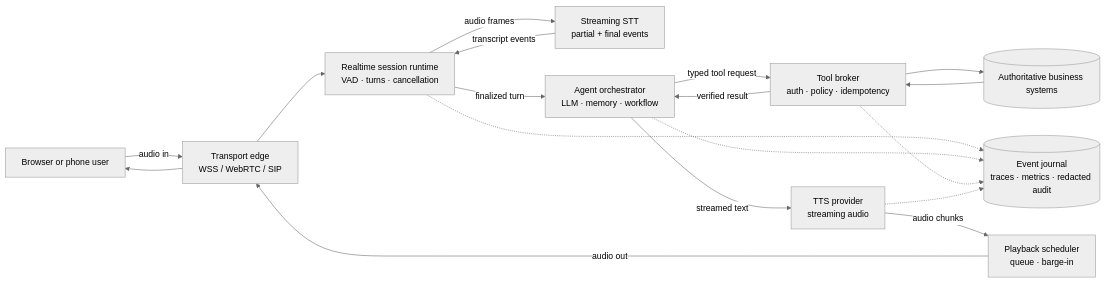
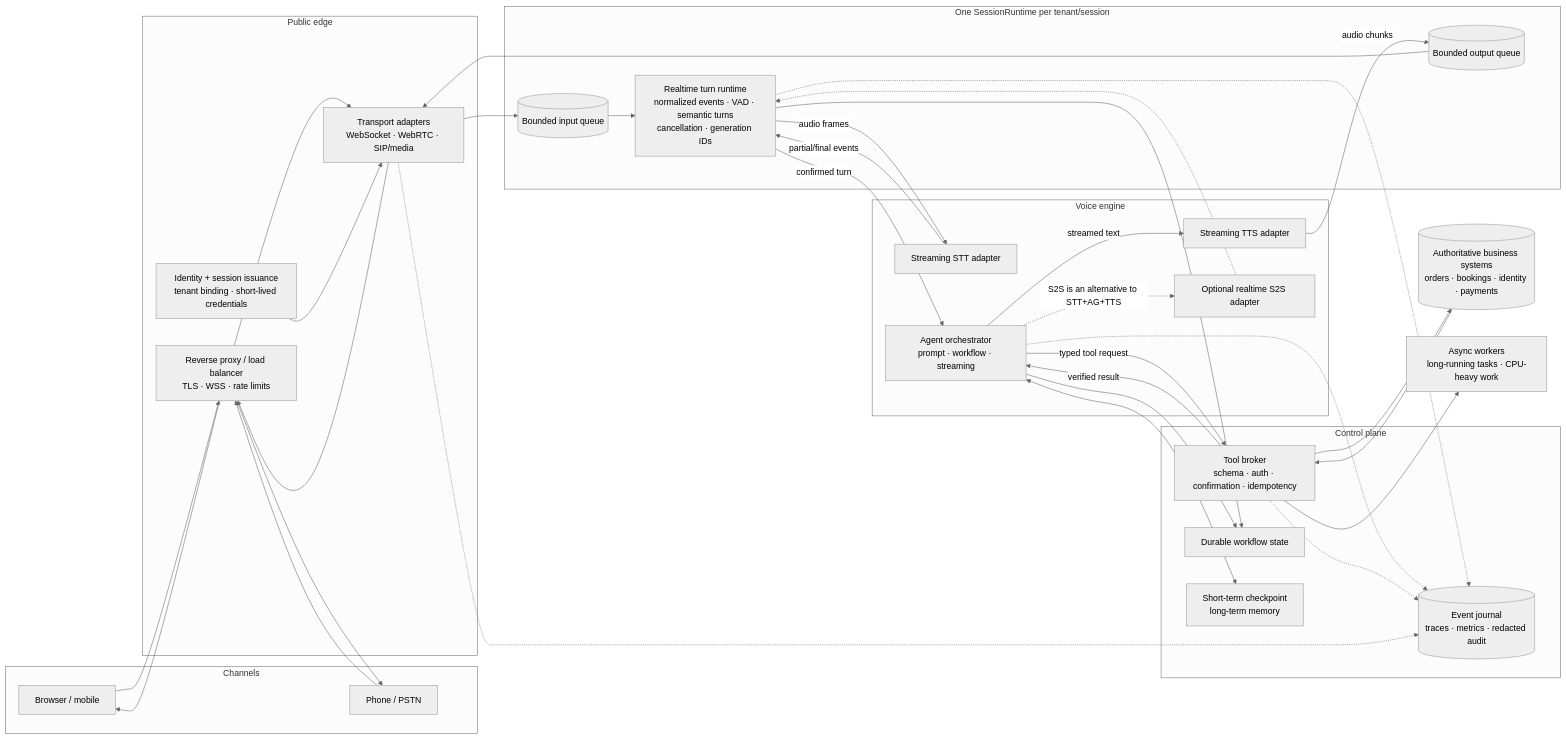
The first of 10 diagrams in docs/voice-agent-architecture-diagrams.md (d-schneid/voice-agents), drawn with Mermaid (neutral theme) before and after one commit. The commit also changed other lines of this file, not shown here.

Commit message:
Refine canonical voice agent architecture

````diff
--- a/docs/voice-agent-architecture-diagrams.md
+++ b/docs/voice-agent-architecture-diagrams.md
@@ -9,32 +9,68 @@
 ```mermaid
 flowchart LR
-    U[Browser or phone user]
-    E[Transport edge<br/>WSS / WebRTC / SIP]
-    R[Realtime session runtime<br/>VAD · turns · cancellation]
-    S[Streaming STT<br/>partial + final events]
-    A[Agent orchestrator<br/>LLM · memory · workflow]
-    T[TTS provider<br/>streaming audio]
-    P[Playback scheduler<br/>queue · barge-in]
-    B[Tool broker<br/>auth · policy · idempotency]
-    D[(Authoritative business systems)]
-    J[(Event journal<br/>traces · metrics · redacted audit)]
+    subgraph CLIENTS[Channels]
+        B[Browser / mobile]
+        PH[Phone / PSTN]
+    end
 
-    U -->|audio in| E
-    E --> R
-    R -->|audio frames| S
-    S -->|transcript events| R
-    R -->|finalized turn| A
-    A -->|typed tool request| B
-    B --> D
-    D --> B
-    B -->|verified result| A
-    A -->|streamed text| T
-    T -->|audio chunks| P
-    P -->|audio out| E
-    E --> U
+    subgraph EDGE[Public edge]
+        G[Reverse proxy / load balancer<br/>TLS · WSS · rate limits]
+        AD[Transport adapters<br/>WebSocket · WebRTC · SIP/media]
+        ID[Identity + session issuance<br/>tenant binding · short-lived credentials]
+    end
 
-    R -.-> J
-    A -.-> J
-    B -.-> J
-    T -.-> J
+    subgraph RUNTIME[One SessionRuntime per tenant/session]
+        IQ[(Bounded input queue)]
+        RT[Realtime turn runtime<br/>normalized events · VAD · semantic turns<br/>cancellation · generation IDs]
+        OQ[(Bounded output queue)]
+    end
+
+    subgraph ENGINE[Voice engine]
+        STT[Streaming STT adapter]
+        AG[Agent orchestrator<br/>prompt · workflow · streaming]
+        TTS[Streaming TTS adapter]
+        S2S[Optional realtime S2S adapter]
+    end
+
+    subgraph CONTROL[Control plane]
+        TB[Tool broker<br/>schema · auth · confirmation · idempotency]
+        WS[Durable workflow state]
+        MEM[Short-term checkpoint<br/>long-term memory]
+        EJ[(Event journal<br/>traces · metrics · redacted audit)]
+    end
+
+    APP[(Authoritative business systems<br/>orders · bookings · identity · payments)]
+    JOBS[Async workers<br/>long-running tasks · CPU-heavy work]
+
+    B --> G
+    PH --> G
+    G --> AD
+    ID --> AD
+    AD --> IQ
+    IQ --> RT
+    RT -->|audio frames| STT
+    STT -->|partial/final events| RT
+    RT -->|confirmed turn| AG
+    AG -->|streamed text| TTS
+    TTS -->|audio chunks| OQ
+    OQ --> AD
+    AD --> G
+    G --> B
+    G --> PH
+
+    AG -.->|S2S is an alternative to STT+AG+TTS| S2S
+    S2S -.-> RT
+
+    AG -->|typed tool request| TB
+    TB --> APP
+    APP --> TB
+    TB -->|verified result| AG
+    AG --> WS
+    RT --> WS
+    AG <--> MEM
+    TB --> JOBS
+    RT -.-> EJ
+    AG -.-> EJ
+    TB -.-> EJ
+    AD -.-> EJ
 ```
````
